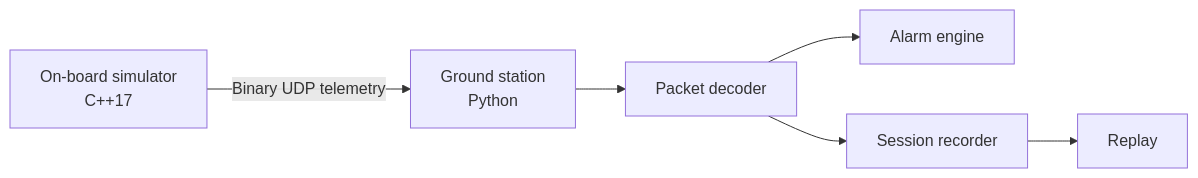
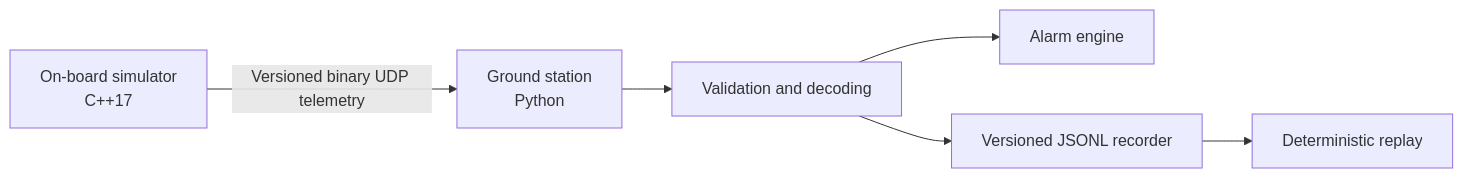
Before and after one commit to DavCalo/OrbitOps: the diagram in README.md, drawn with Mermaid. The commit also changed other lines of this file and 11 other files, not shown here.

````diff
--- a/README.md
+++ b/README.md
@@ -18,8 +39,8 @@
 ```mermaid
 flowchart LR
-    A[On-board simulator\nC++17] -->|Binary UDP telemetry| B[Ground station\nPython]
-    B --> C[Packet decoder]
-    C --> D[Alarm engine]
-    C --> E[Session recorder]
-    E --> F[Replay]
+    SIM[On-board simulator\nC++17] -->|Versioned binary UDP telemetry| RX[Ground station\nPython]
+    RX --> DEC[Validation and decoding]
+    DEC --> ALM[Alarm engine]
+    DEC --> REC[Versioned JSONL recorder]
+    REC --> REP[Deterministic replay]
 ```
````
